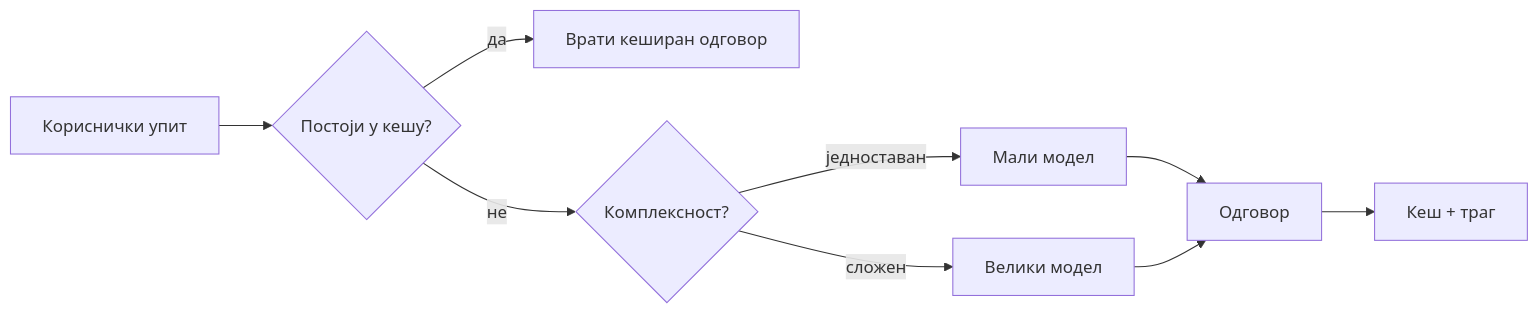
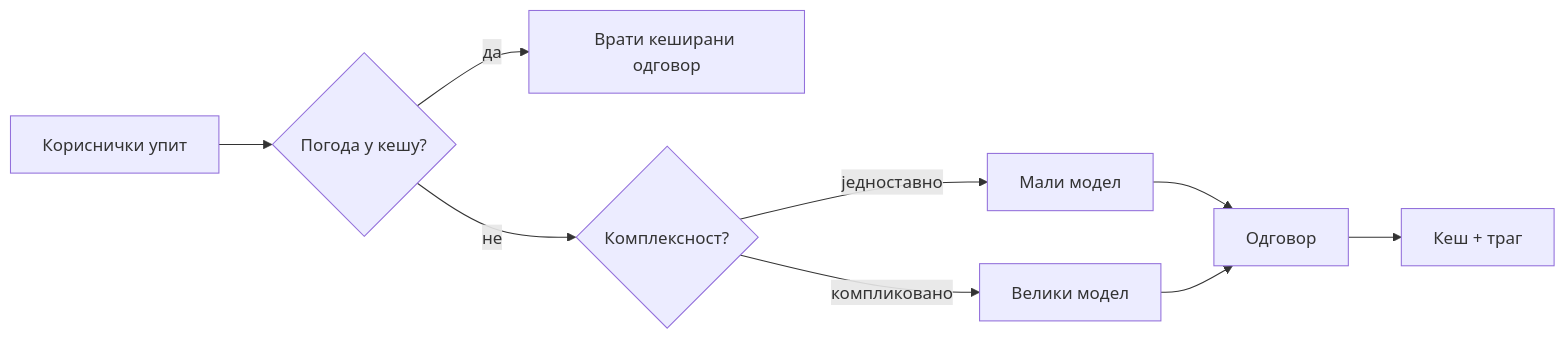
One commit to gabrielmoreira/agent-skills-mirror changed the third of 4 diagrams in mirrors/repos/microsoft@ai-agents-for-beginners/translations/sr/16-deploying-scalable-agents/README.md. Above: the diagram before and after it, drawn with Mermaid. The commit also changed other lines of this file and 4262 other files, not shown here.

````diff
--- a/mirrors/repos/microsoft@ai-agents-for-beginners/translations/sr/16-deploying-scalable-agents/README.md
+++ b/mirrors/repos/microsoft@ai-agents-for-beginners/translations/sr/16-deploying-scalable-agents/README.md
@@ -134,11 +134,11 @@
 ```mermaid
 flowchart LR
-    Q[Кориснички упит] --> C{Постоји у кешу?}
-    C -->|да| R[Врати кеширан одговор]
+    Q[Кориснички упит] --> C{Погода у кешу?}
+    C -->|да| R[Врати кеширани одговор]
     C -->|не| Router{Комплексност?}
-    Router -->|једноставан| SLM[Мали модел]
-    Router -->|сложен| LLM[Велики модел]
+    Router -->|једноставно| SLM[Мали модел]
+    Router -->|компликовано| LLM[Велики модел]
     SLM --> Out[Одговор]
     LLM --> Out
     Out --> Store[Кеш + траг]
 ```
````
